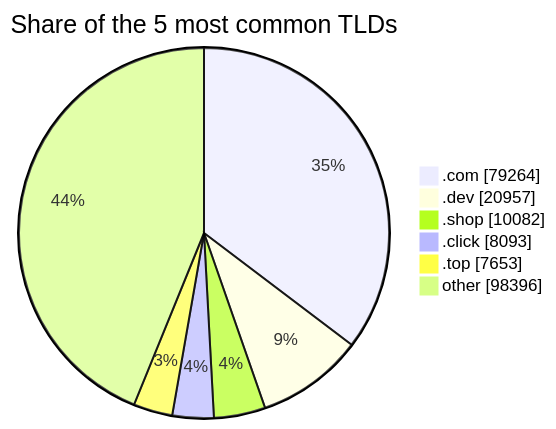
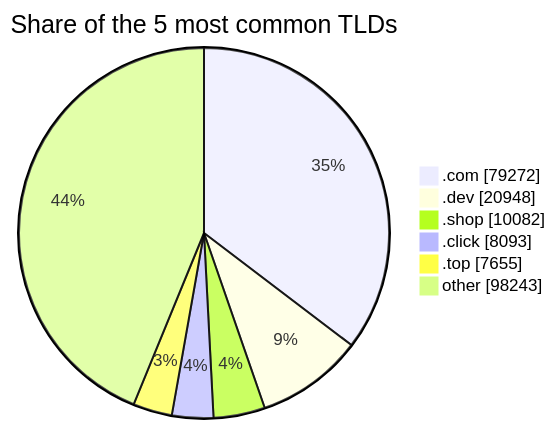
Before and after one commit to DNSBunker/CTI: the third of 3 diagrams in README.md, drawn with Mermaid. The commit also changed other lines of this file and 3 other files, not shown here.

````diff
--- a/README.md
+++ b/README.md
@@ -81,9 +81,9 @@
 ```mermaid
 pie showData title Share of the 5 most common TLDs
-    ".com" : 79264
-    ".dev" : 20957
+    ".com" : 79272
+    ".dev" : 20948
     ".shop" : 10082
     ".click" : 8093
-    ".top" : 7653
-    "other" : 98396
+    ".top" : 7655
+    "other" : 98243
 ```
````
